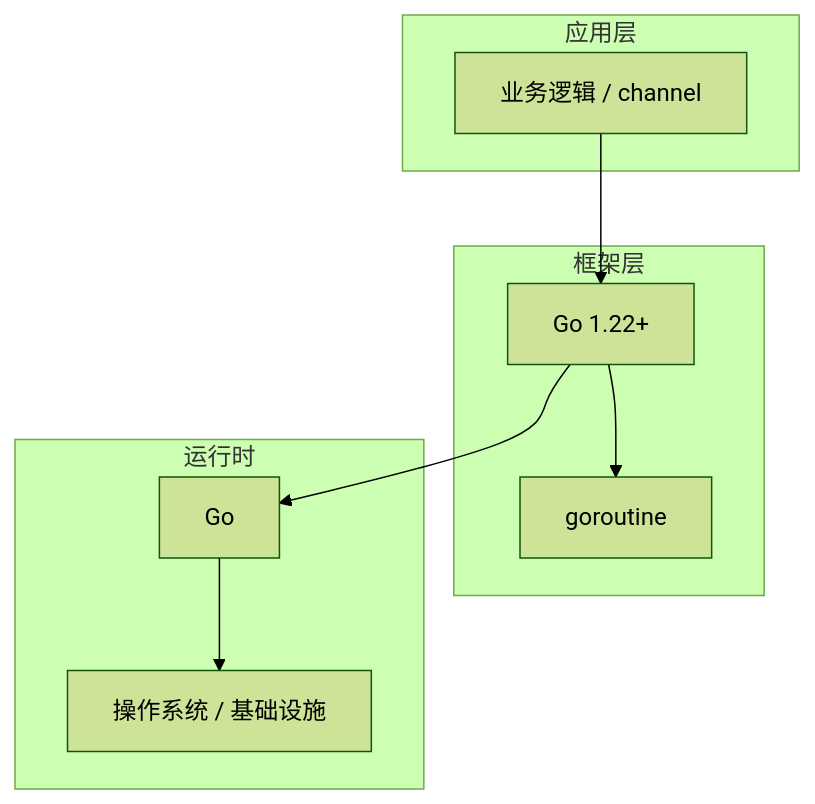
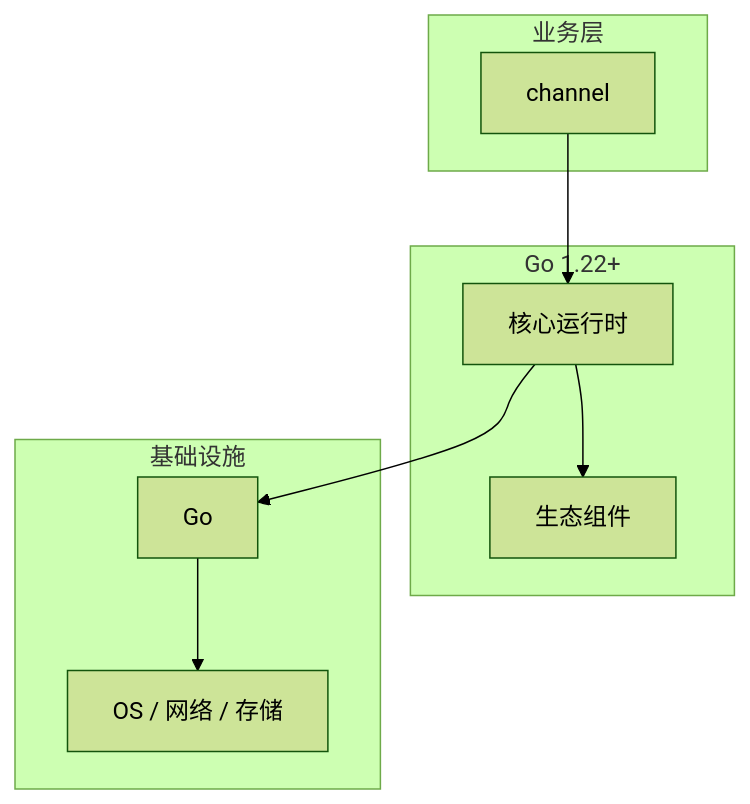
The diagram in articles/Go语言/chapters/057-channel核心概念与原理.md (yanggan2015/knowledge-json-v2), drawn with Mermaid (forest theme) before and after one commit. The commit also changed other lines of this file and 10127 other files, not shown here.

````diff
--- a/articles/Go语言/chapters/057-channel核心概念与原理.md
+++ b/articles/Go语言/chapters/057-channel核心概念与原理.md
@@ -45,18 +34,18 @@
 ```mermaid
 graph TB
-    subgraph 应用层
-        A[业务逻辑 / channel]
+    subgraph 业务层
+        A[channel]
     end
-    subgraph 框架层
-        B[Go 1.22+]
-        C[goroutine]
+    subgraph Go 1.22+
+        B[核心运行时]
+        C[生态组件]
     end
-    subgraph 运行时
+    subgraph 基础设施
         D[Go]
-        E[操作系统 / 基础设施]
+        E[OS / 网络 / 存储]
     end
     A --> B
     B --> C
     B --> D
     D --> E
 ```
````
